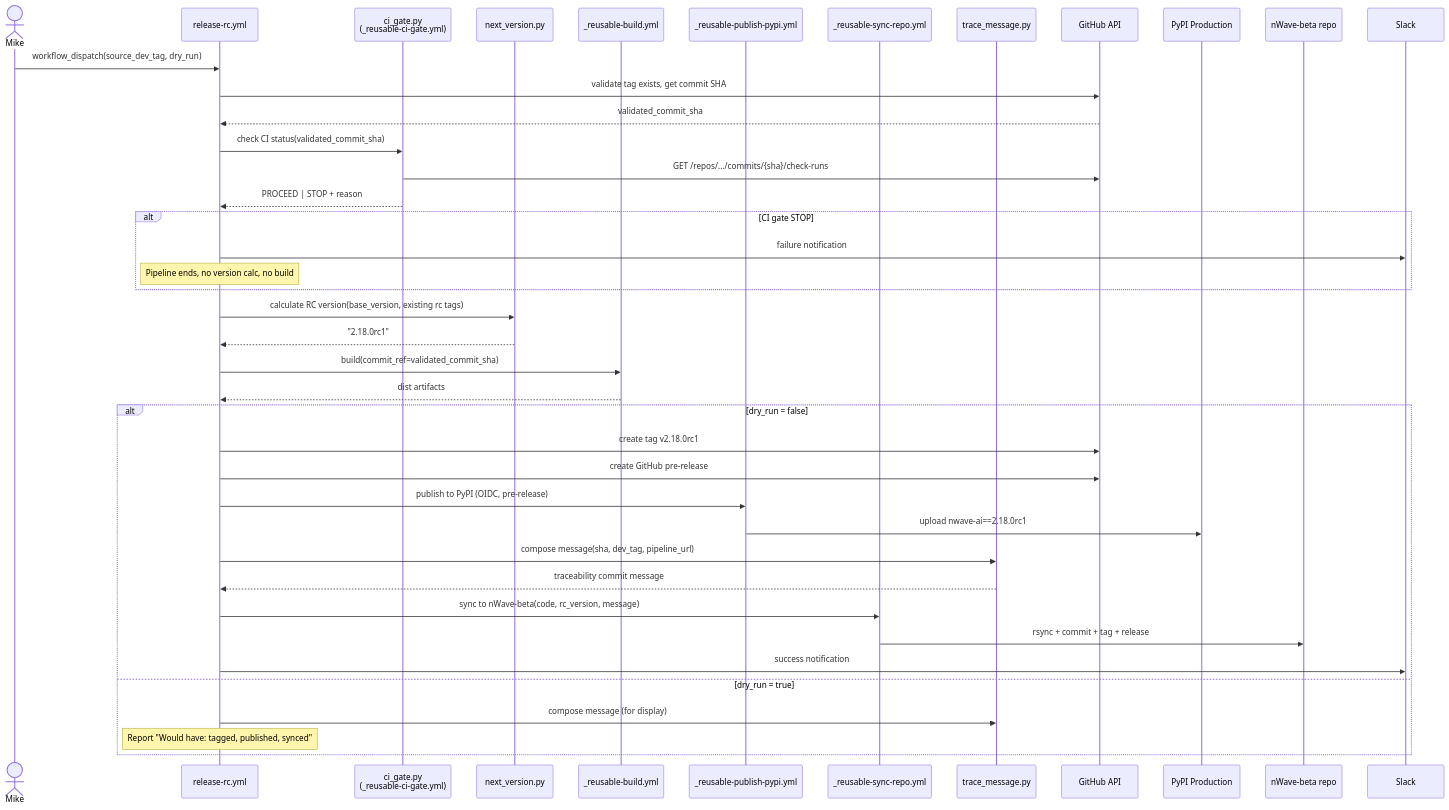
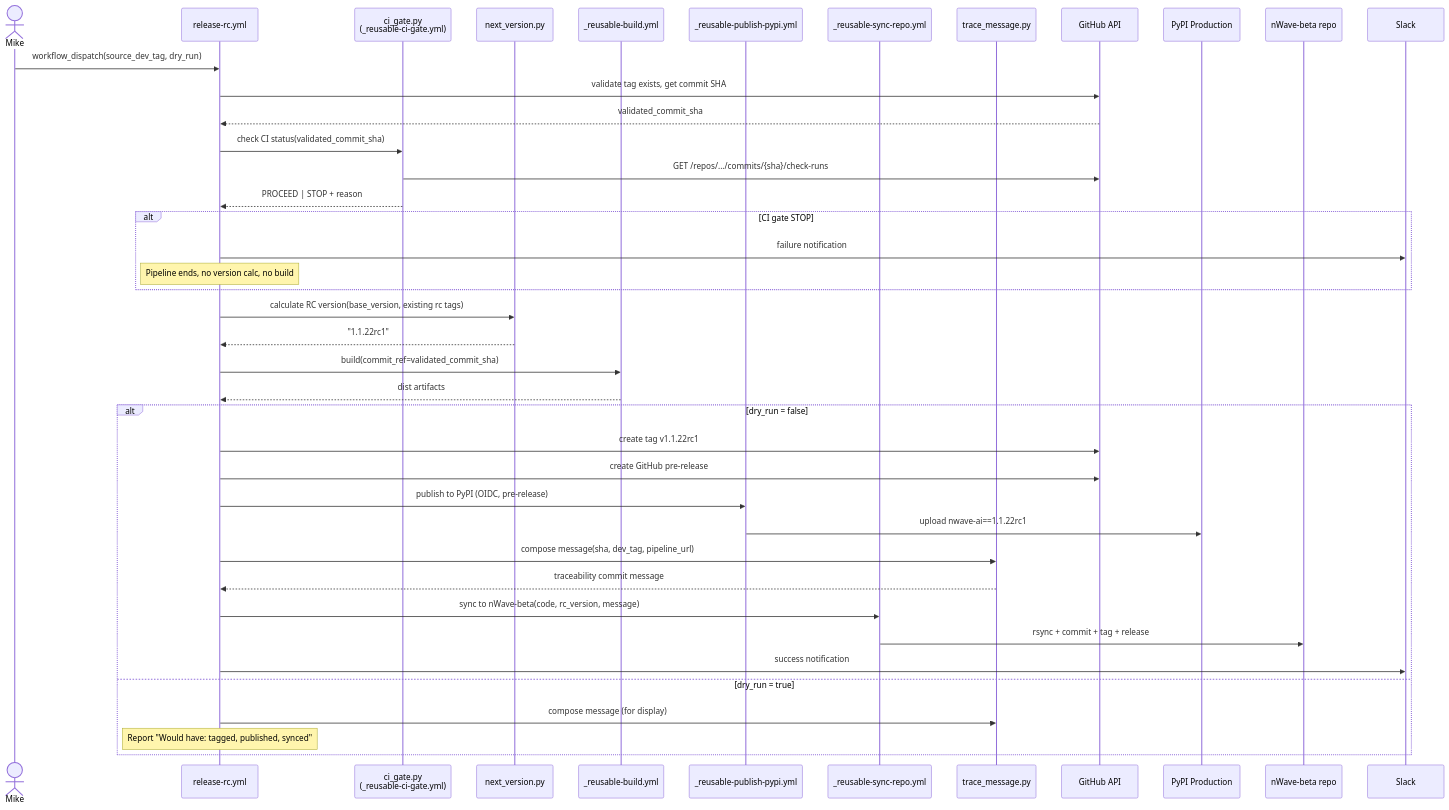
Before and after one commit to nWave-ai/nWave-experimental: the fourth of 5 diagrams in docs/features/release-train-revamp/02-design/architecture.md, drawn with Mermaid. The commit also changed other lines of this file and 18 other files, not shown here.

````diff
--- a/docs/features/release-train-revamp/02-design/architecture.md
+++ b/docs/features/release-train-revamp/02-design/architecture.md
@@ -267,51 +267,51 @@
 ```mermaid
 sequenceDiagram
     actor Mike
     participant WRC as release-rc.yml
     participant CIG as ci_gate.py<br/>(_reusable-ci-gate.yml)
     participant VER as next_version.py
     participant BLD as _reusable-build.yml
     participant PUB as _reusable-publish-pypi.yml
     participant SYNC as _reusable-sync-repo.yml
     participant TRC as trace_message.py
     participant GH as GitHub API
     participant PYPI as PyPI Production
     participant BETA as nWave-beta repo
     participant SLK as Slack
 
     Mike->>WRC: workflow_dispatch(source_dev_tag, dry_run)
     WRC->>GH: validate tag exists, get commit SHA
     GH-->>WRC: validated_commit_sha
 
     WRC->>CIG: check CI status(validated_commit_sha)
     CIG->>GH: GET /repos/.../commits/{sha}/check-runs
     CIG-->>WRC: PROCEED | STOP + reason
 
     alt CI gate STOP
         WRC->>SLK: failure notification
         Note over WRC: Pipeline ends, no version calc, no build
     end
 
     WRC->>VER: calculate RC version(base_version, existing rc tags)
-    VER-->>WRC: "2.18.0rc1"
+    VER-->>WRC: "1.1.22rc1"
 
     WRC->>BLD: build(commit_ref=validated_commit_sha)
     BLD-->>WRC: dist artifacts
 
     alt dry_run = false
-        WRC->>GH: create tag v2.18.0rc1
+        WRC->>GH: create tag v1.1.22rc1
         WRC->>GH: create GitHub pre-release
         WRC->>PUB: publish to PyPI (OIDC, pre-release)
-        PUB->>PYPI: upload nwave-ai==2.18.0rc1
+        PUB->>PYPI: upload nwave-ai==1.1.22rc1
 
         WRC->>TRC: compose message(sha, dev_tag, pipeline_url)
         TRC-->>WRC: traceability commit message
         WRC->>SYNC: sync to nWave-beta(code, rc_version, message)
         SYNC->>BETA: rsync + commit + tag + release
 
         WRC->>SLK: success notification
     else dry_run = true
         WRC->>TRC: compose message (for display)
         Note over WRC: Report "Would have: tagged, published, synced"
     end
 ```
````
